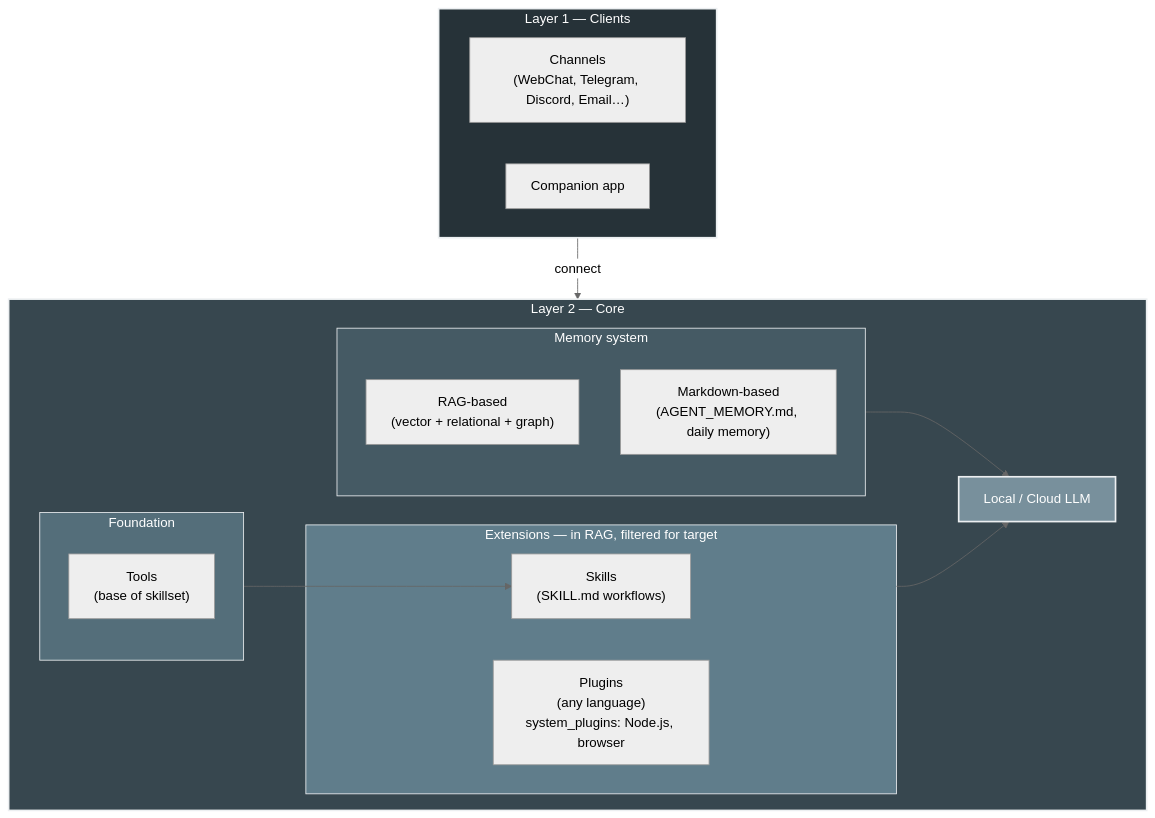
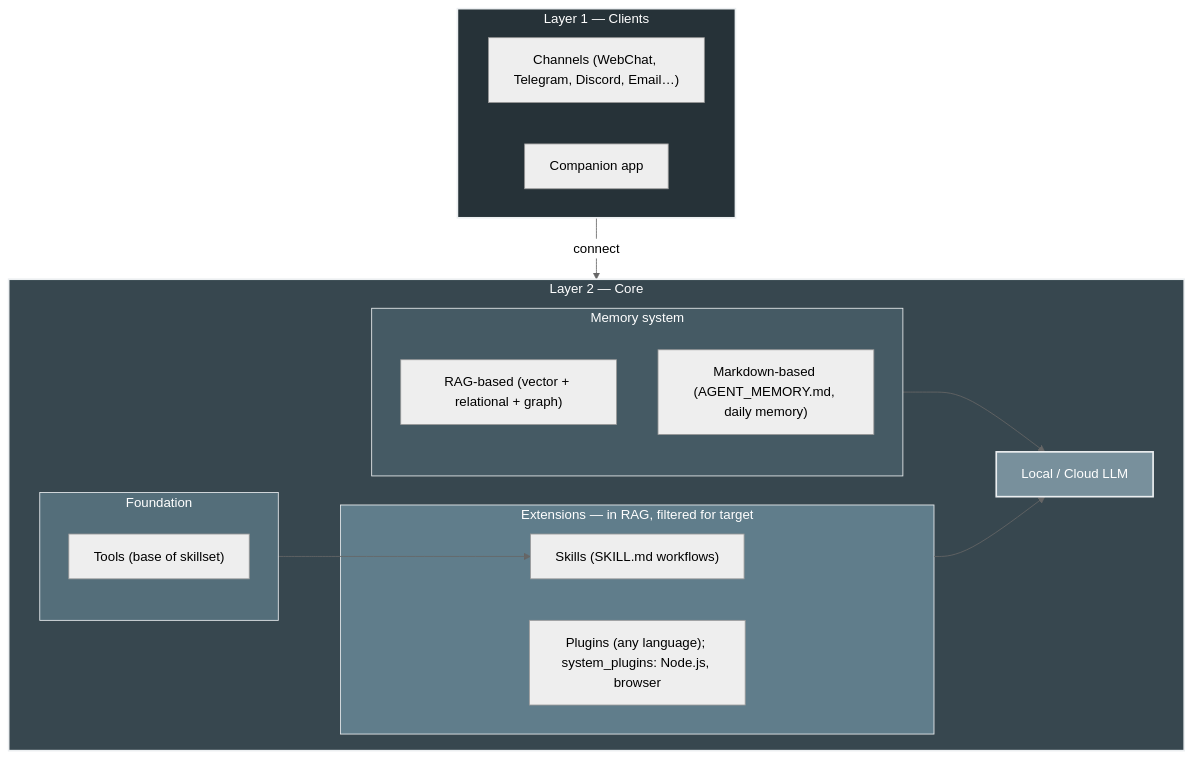
The first of 3 diagrams in README.md (allenpeng0705/HomeClaw), drawn with Mermaid (neutral theme) before and after one commit.

````diff
--- a/README.md
+++ b/README.md
@@ -56,35 +56,35 @@
 ```mermaid
 flowchart TB
   subgraph Clients["Layer 1 — Clients"]
     direction LR
-    CH["Channels\n(WebChat, Telegram, Discord, Email…)"]
+    CH["Channels (WebChat, Telegram, Discord, Email…)"]
     APP["Companion app"]
   end
 
   subgraph Core["Layer 2 — Core"]
     subgraph Memory["Memory system"]
-      RAG["RAG-based\n(vector + relational + graph)"]
-      MD["Markdown-based\n(AGENT_MEMORY.md, daily memory)"]
+      RAG["RAG-based (vector + relational + graph)"]
+      MD["Markdown-based (AGENT_MEMORY.md, daily memory)"]
     end
     subgraph Base["Foundation"]
-      T["Tools\n(base of skillset)"]
+      T["Tools (base of skillset)"]
     end
     subgraph Ext["Extensions — in RAG, filtered for target"]
-      S["Skills\n(SKILL.md workflows)"]
-      P["Plugins\n(any language)\nsystem_plugins: Node.js, browser"]
+      S["Skills (SKILL.md workflows)"]
+      P["Plugins (any language); system_plugins: Node.js, browser"]
     end
     LLM["Local / Cloud LLM"]
   end
 
   Clients -->|"connect"| Core
   Memory --> LLM
   Base --> S
   Ext --> LLM
 
   style Clients fill:#263238,stroke:#eceff1,stroke-width:2px,color:#fff
   style Core fill:#37474f,stroke:#eceff1,stroke-width:2px,color:#fff
   style Memory fill:#455a64,stroke:#eceff1,stroke-width:1px,color:#fff
   style Base fill:#546e7a,stroke:#eceff1,stroke-width:1px,color:#fff
   style Ext fill:#607d8b,stroke:#eceff1,stroke-width:1px,color:#fff
   style LLM fill:#78909c,stroke:#eceff1,stroke-width:2px,color:#fff
 ```
````
